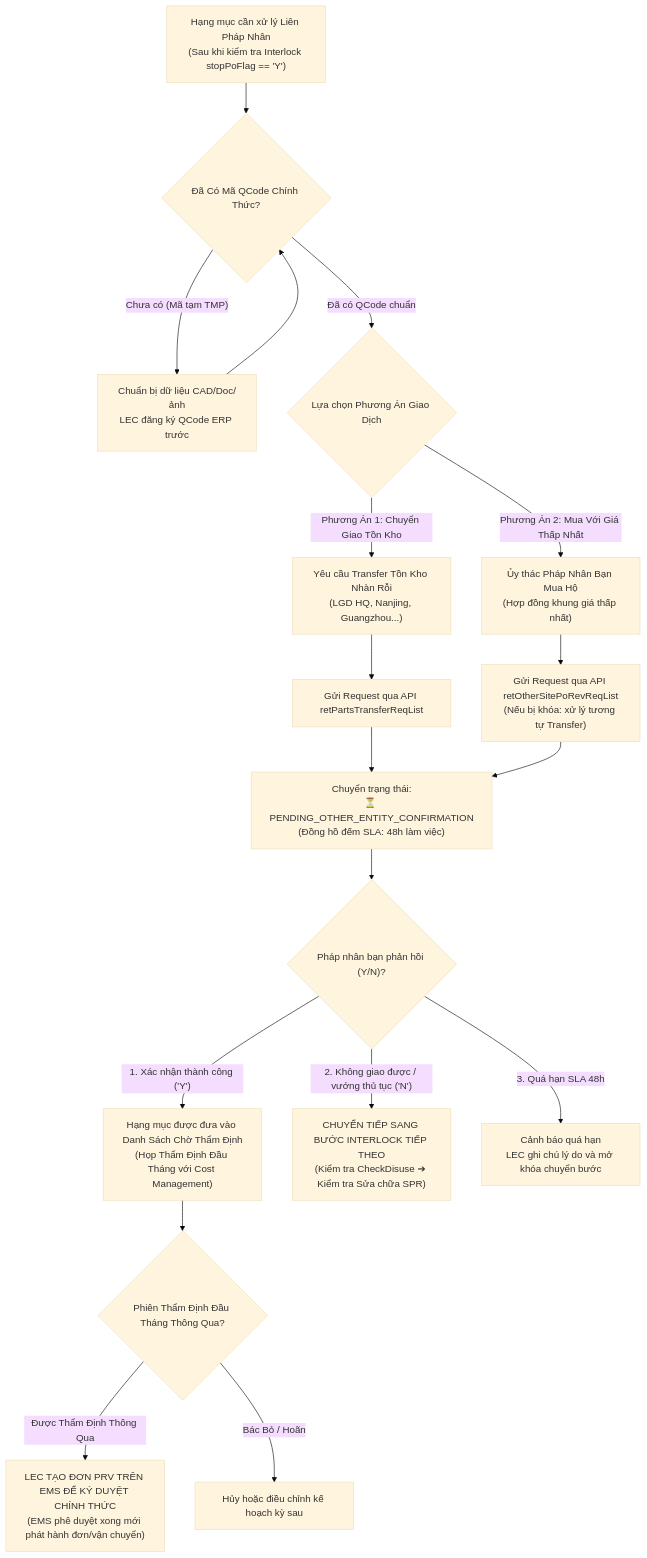
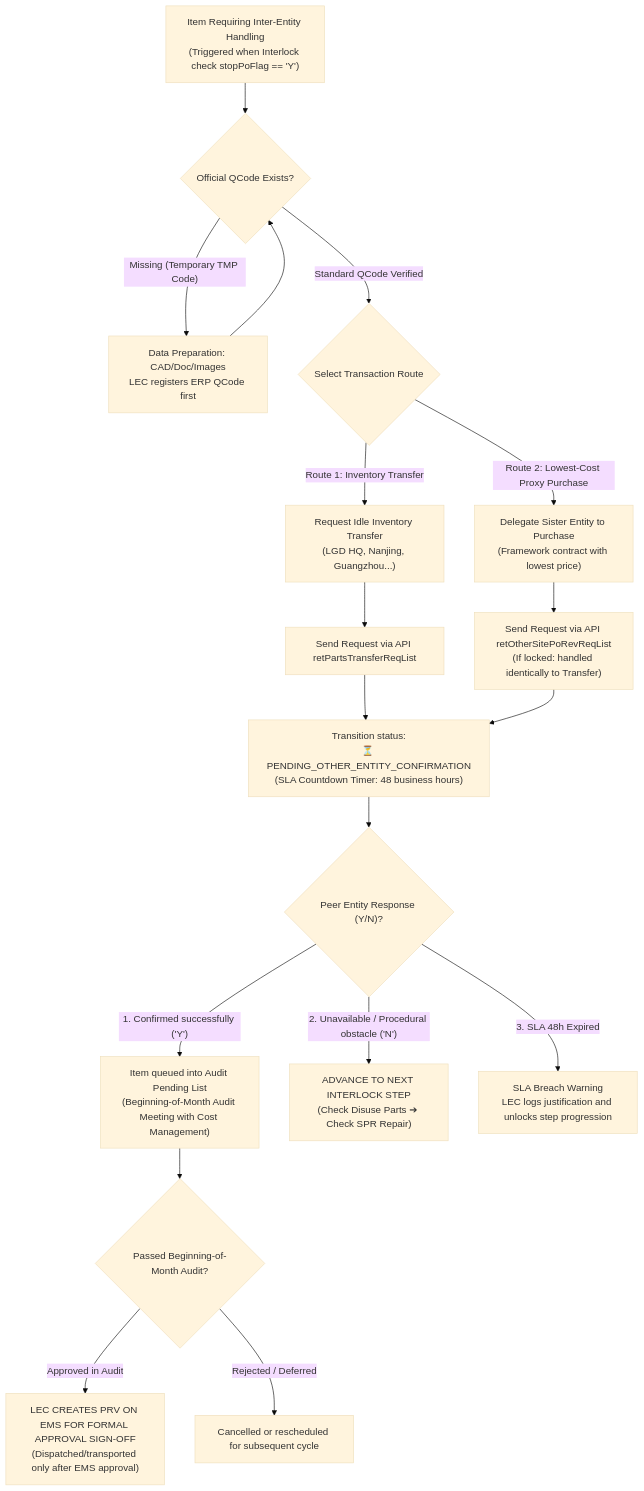
One commit to longphamduc-vn/ops-workflow changed the diagram in procurement-system/06-process-workflows-and-diagrams/02-inter-entity-transfer-workflow.md. Above: the diagram before and after it, drawn with Mermaid (base theme). The commit also changed other lines of this file and 28 other files, not shown here.

````diff
--- a/procurement-system/06-process-workflows-and-diagrams/02-inter-entity-transfer-workflow.md
+++ b/procurement-system/06-process-workflows-and-diagrams/02-inter-entity-transfer-workflow.md
@@ -8,31 +8,31 @@
 ```mermaid
 flowchart TD
-    Start["Hạng mục cần xử lý Liên Pháp Nhân\n(Sau khi kiểm tra Interlock stopPoFlag == 'Y')"] --> HasQCode{"Đã Có Mã QCode Chính Thức?"}
+    Start["Item Requiring Inter-Entity Handling\n(Triggered when Interlock check stopPoFlag == 'Y')"] --> HasQCode{"Official QCode Exists?"}
     
-    HasQCode -->|"Chưa có (Mã tạm TMP)"| HoldData["Chuẩn bị dữ liệu CAD/Doc/ảnh\nLEC đăng ký QCode ERP trước"]
+    HasQCode -->|"Missing (Temporary TMP Code)"| HoldData["Data Preparation: CAD/Doc/Images\nLEC registers ERP QCode first"]
     HoldData --> HasQCode
     
-    HasQCode -->|"Đã có QCode chuẩn"| SelectRoute{"Lựa chọn Phương Án Giao Dịch"}
+    HasQCode -->|"Standard QCode Verified"| SelectRoute{"Select Transaction Route"}
     
-    SelectRoute -->|"Phương Án 1: Chuyển Giao Tồn Kho"| TransferRoute["Yêu cầu Transfer Tồn Kho Nhàn Rỗi\n(LGD HQ, Nanjing, Guangzhou...)"]
-    SelectRoute -->|"Phương Án 2: Mua Với Giá Thấp Nhất"| BuyCheapRoute["Ủy thác Pháp Nhân Bạn Mua Hộ\n(Hợp đồng khung giá thấp nhất)"]
+    SelectRoute -->|"Route 1: Inventory Transfer"| TransferRoute["Request Idle Inventory Transfer\n(LGD HQ, Nanjing, Guangzhou...)"]
+    SelectRoute -->|"Route 2: Lowest-Cost Proxy Purchase"| BuyCheapRoute["Delegate Sister Entity to Purchase\n(Framework contract with lowest price)"]
     
-    TransferRoute --> SendReq1["Gửi Request qua API retPartsTransferReqList"]
-    BuyCheapRoute --> SendReq2["Gửi Request qua API retOtherSitePoRevReqList\n(Nếu bị khóa: xử lý tương tự Transfer)"]
+    TransferRoute --> SendReq1["Send Request via API retPartsTransferReqList"]
+    BuyCheapRoute --> SendReq2["Send Request via API retOtherSitePoRevReqList\n(If locked: handled identically to Transfer)"]
     
-    SendReq1 --> StatusWait["Chuyển trạng thái:\n⏳ PENDING_OTHER_ENTITY_CONFIRMATION\n(Đồng hồ đếm SLA: 48h làm việc)"]
+    SendReq1 --> StatusWait["Transition status:\n⏳ PENDING_OTHER_ENTITY_CONFIRMATION\n(SLA Countdown Timer: 48 business hours)"]
     SendReq2 --> StatusWait
     
-    StatusWait --> WaitConfirm{"Pháp nhân bạn phản hồi (Y/N)?"}
+    StatusWait --> WaitConfirm{"Peer Entity Response (Y/N)?"}
     
-    WaitConfirm -->|"1. Xác nhận thành công ('Y')"| PassHold["Hạng mục được đưa vào Danh Sách Chờ Thẩm Định\n(Họp Thẩm Định Đầu Tháng với Cost Management)"]
+    WaitConfirm -->|"1. Confirmed successfully ('Y')"| PassHold["Item queued into Audit Pending List\n(Beginning-of-Month Audit Meeting with Cost Management)"]
     
-    WaitConfirm -->|"2. Không giao được / vướng thủ tục ('N')"| StepNext["CHUYỂN TIẾP SANG BƯỚC INTERLOCK TIẾP THEO\n(Kiểm tra CheckDisuse ➔ Kiểm tra Sửa chữa SPR)"]
+    WaitConfirm -->|"2. Unavailable / Procedural obstacle ('N')"| StepNext["ADVANCE TO NEXT INTERLOCK STEP\n(Check Disuse Parts ➔ Check SPR Repair)"]
     
-    WaitConfirm -->|"3. Quá hạn SLA 48h"| Timeout["Cảnh báo quá hạn\nLEC ghi chú lý do và mở khóa chuyển bước"]
+    WaitConfirm -->|"3. SLA 48h Expired"| Timeout["SLA Breach Warning\nLEC logs justification and unlocks step progression"]
     
-    PassHold --> AuditEarlyMonth{"Phiên Thẩm Định Đầu Tháng Thông Qua?"}
+    PassHold --> AuditEarlyMonth{"Passed Beginning-of-Month Audit?"}
     
-    AuditEarlyMonth -->|"Được Thẩm Định Thông Qua"| ExecAction["LEC TẠO ĐƠN PRV TRÊN EMS ĐỂ KÝ DUYỆT CHÍNH THỨC\n(EMS phê duyệt xong mới phát hành đơn/vận chuyển)"]
-    AuditEarlyMonth -->|"Bác Bỏ / Hoãn"| CancelAction["Hủy hoặc điều chỉnh kế hoạch kỳ sau"]
+    AuditEarlyMonth -->|"Approved in Audit"| ExecAction["LEC CREATES PRV ON EMS FOR FORMAL APPROVAL SIGN-OFF\n(Dispatched/transported only after EMS approval)"]
+    AuditEarlyMonth -->|"Rejected / Deferred"| CancelAction["Cancelled or rescheduled for subsequent cycle"]
 ```
````
